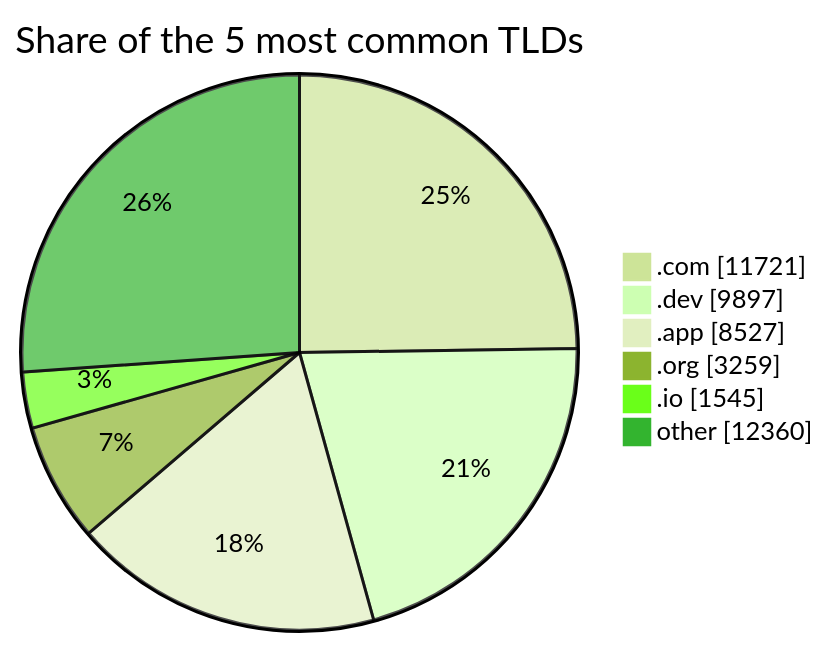
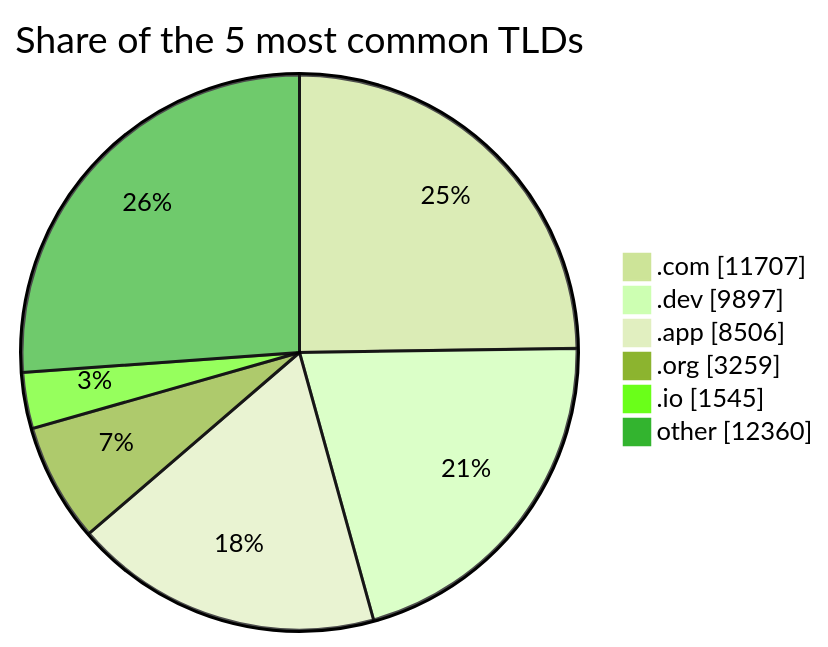
Before and after one commit to DNSBunker/CTI: the third of 3 diagrams in README.md, drawn with Mermaid (forest theme). The commit also changed other lines of this file and 3 other files, not shown here.

````diff
--- a/README.md
+++ b/README.md
@@ -81,9 +81,9 @@
 ```mermaid
 pie showData title Share of the 5 most common TLDs
-    ".com" : 11721
+    ".com" : 11707
     ".dev" : 9897
-    ".app" : 8527
+    ".app" : 8506
     ".org" : 3259
     ".io" : 1545
     "other" : 12360
 ```
````
